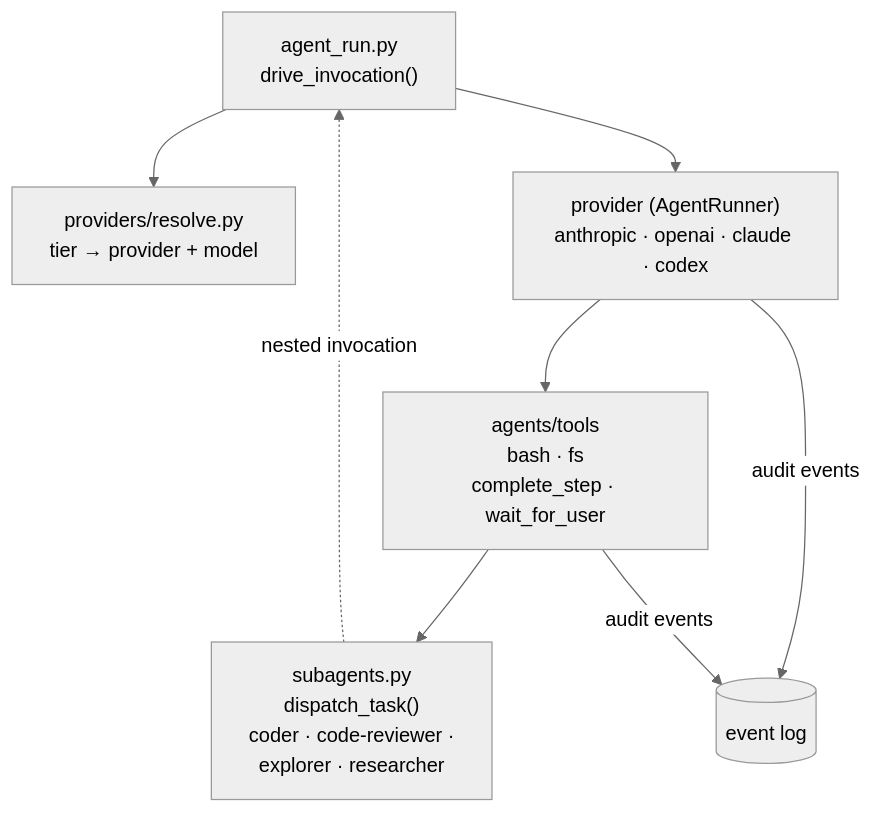
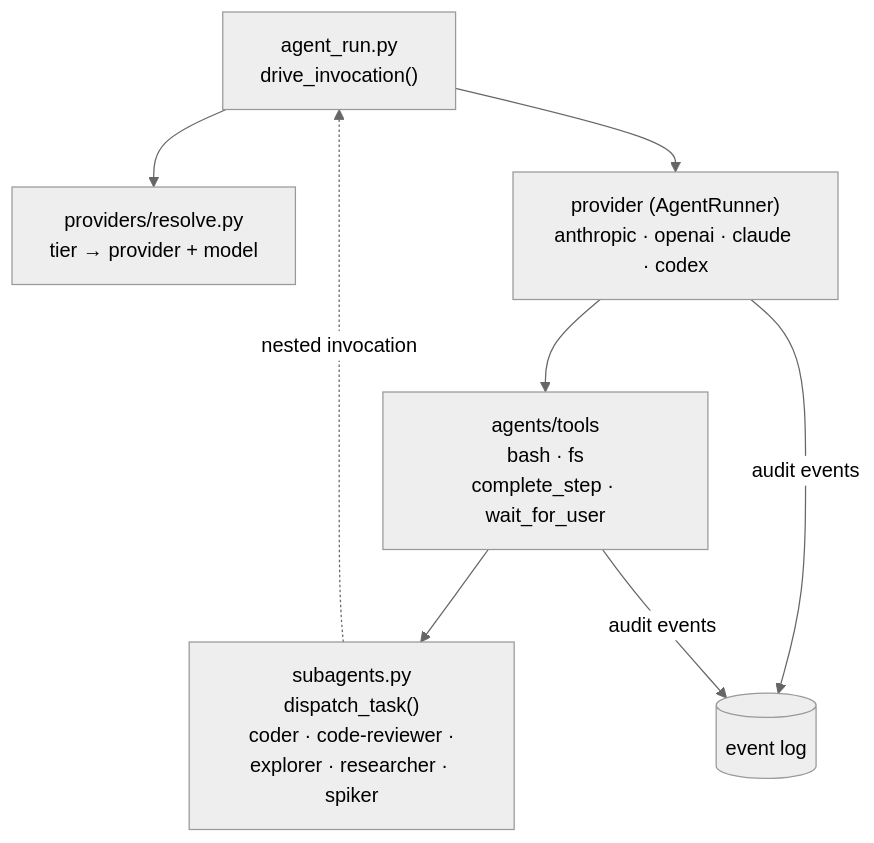
The third of 13 diagrams in docs/internals/architecture.md (jpoimboe/imp), drawn with Mermaid (neutral theme) before and after one commit. The commit also changed 1 other file, not shown here.

Commit message:
docs: list spiker in the Zoom 2 dispatch node
The Zoom 2 mermaid diagram in architecture.md names the subagent
kinds dispatched by the default workflow, but omits `spiker`, which
has been a first-class subagent kind alongside coder, code-reviewer,
explorer, and researcher.

Add `spiker` to the dispatch node label so it matches the dispatch
table at the bottom of the same doc. Update the corresponding pinned
assertion in the architecture doc test to match.

Quest: vugu37

````diff
--- a/docs/internals/architecture.md
+++ b/docs/internals/architecture.md
@@ -62,10 +62,10 @@
 ```mermaid
 flowchart TB
   AR["agent_run.py<br/>drive_invocation()"] --> RES["providers/resolve.py<br/>tier → provider + model"]
   AR --> PROV["provider (AgentRunner)<br/>anthropic · openai · claude · codex"]
   PROV --> TOOLS["agents/tools<br/>bash · fs<br/>complete_step · wait_for_user"]
-  TOOLS --> SUB["subagents.py<br/>dispatch_task()<br/>coder · code-reviewer ·<br/>explorer · researcher"]
+  TOOLS --> SUB["subagents.py<br/>dispatch_task()<br/>coder · code-reviewer ·<br/>explorer · researcher · spiker"]
   SUB -.->|"nested invocation"| AR
   PROV -->|"audit events"| LOG[("event log")]
   TOOLS -->|"audit events"| LOG
 ```
````
